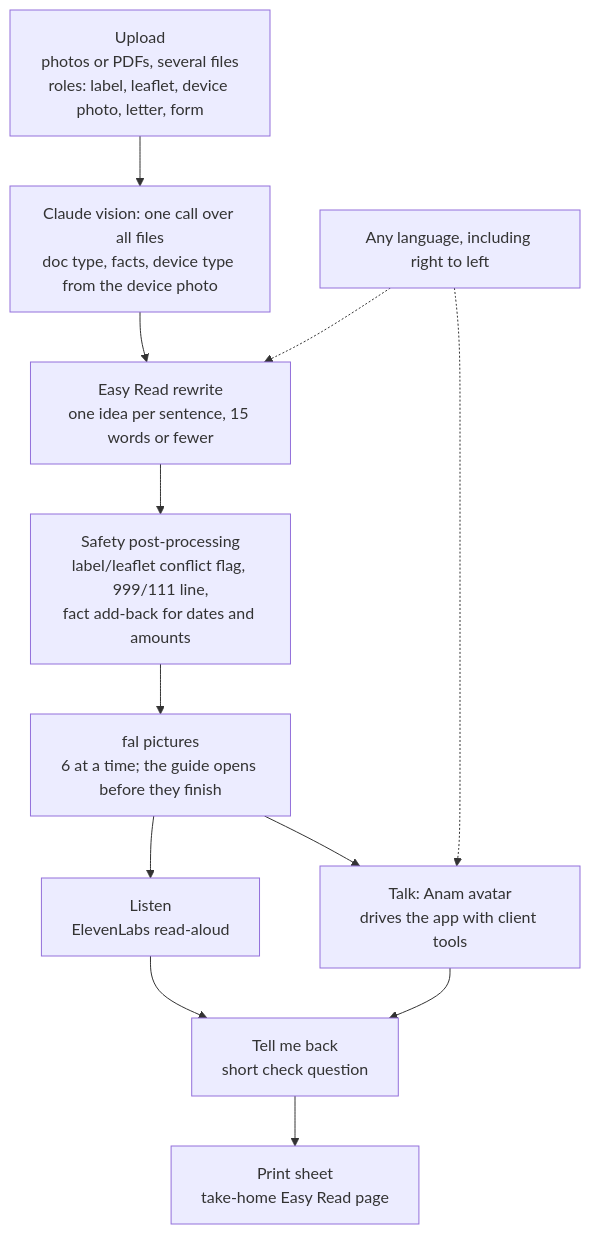
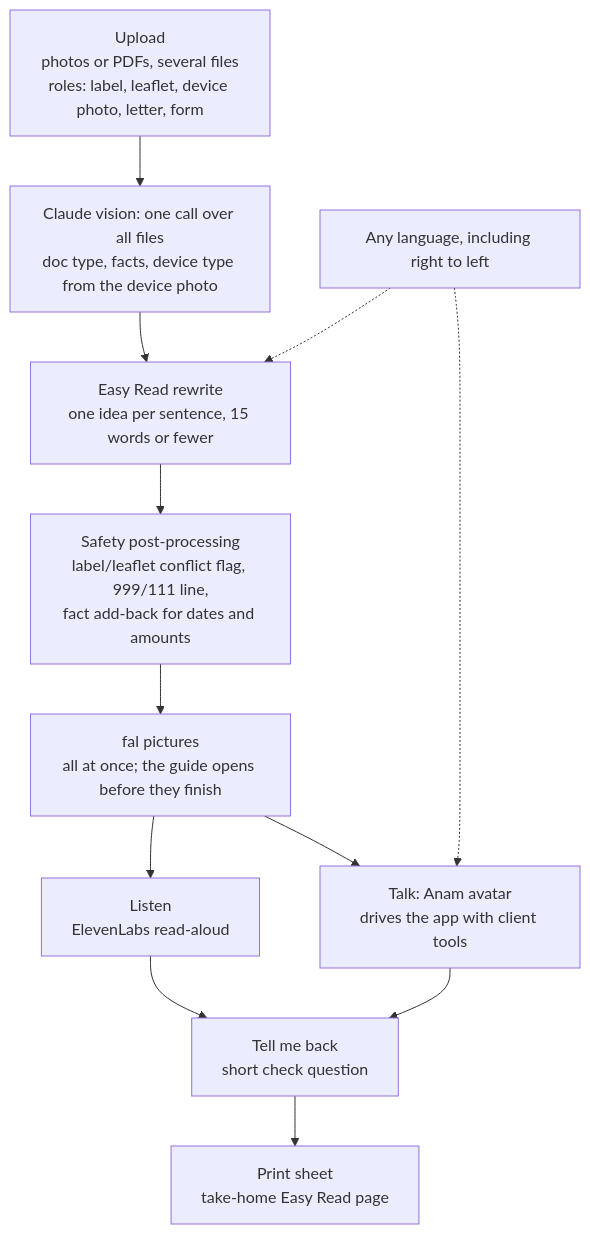
Before and after one commit to Tasnim-Uddin/EasyRead-AI: the diagram in README.md, drawn with Mermaid. The commit also changed other lines of this file and 28 other files, not shown here.

First line of the commit message:
One character: step pictures and clips use the guide

````diff
--- a/README.md
+++ b/README.md
@@ -41,14 +41,14 @@
 ```mermaid
 flowchart TD
     A["Upload<br/>photos or PDFs, several files<br/>roles: label, leaflet, device photo, letter, form"] --> B["Claude vision: one call over all files<br/>doc type, facts, device type from the device photo"]
     B --> C["Easy Read rewrite<br/>one idea per sentence, 15 words or fewer"]
     C --> D["Safety post-processing<br/>label/leaflet conflict flag, 999/111 line,<br/>fact add-back for dates and amounts"]
-    D --> E["fal pictures<br/>6 at a time; the guide opens before they finish"]
+    D --> E["fal pictures<br/>all at once; the guide opens before they finish"]
     E --> F["Listen<br/>ElevenLabs read-aloud"]
     E --> G["Talk: Anam avatar<br/>drives the app with client tools"]
     G --> H["Tell me back<br/>short check question"]
     F --> H
     H --> I["Print sheet<br/>take-home Easy Read page"]
     L["Any language, including right to left"] -.-> C
     L -.-> G
 ```
````
